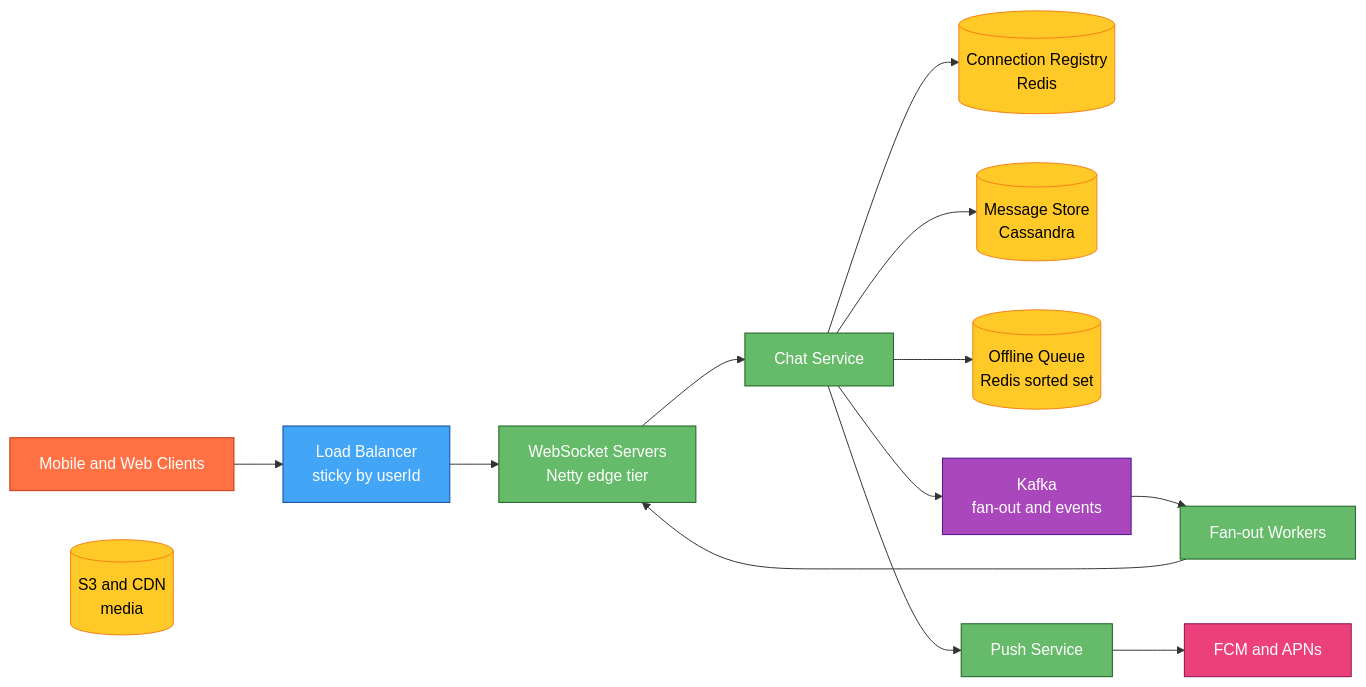
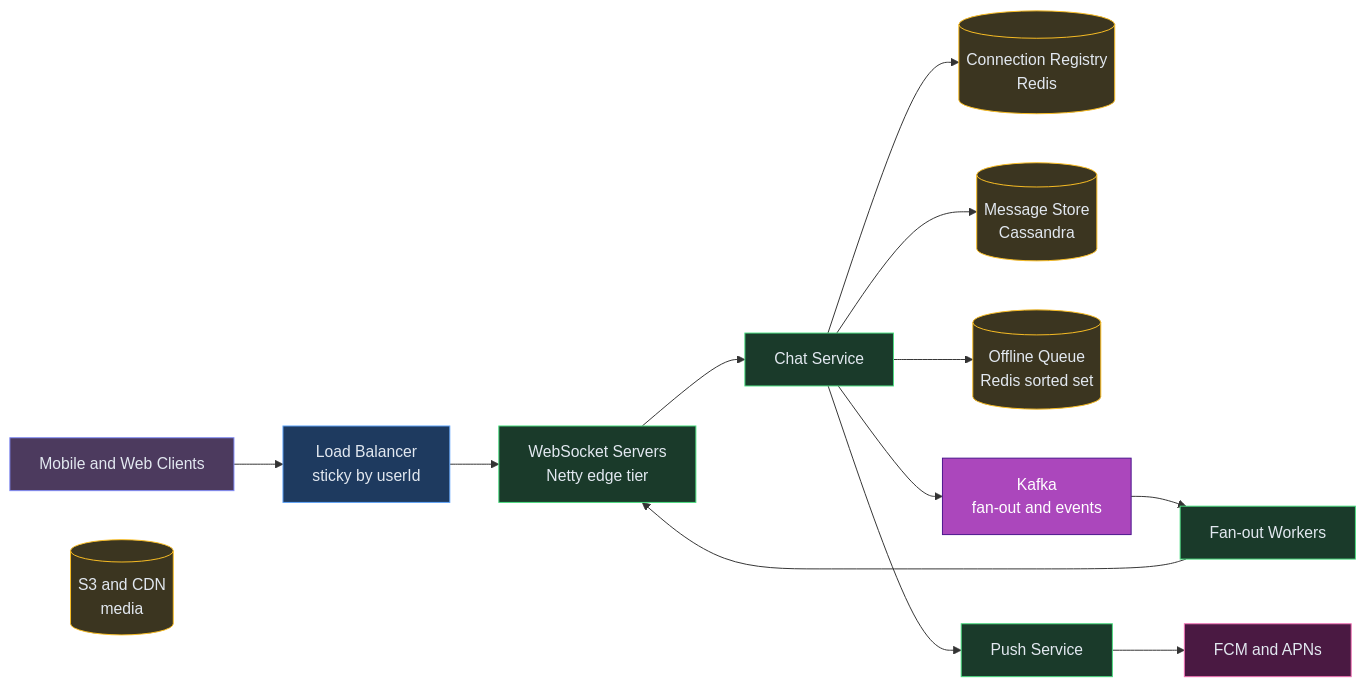
The sixth of 6 diagrams in content/hld/ChatSystem.md (iluzn/HLD-Designs), drawn with Mermaid before and after one commit. The commit also changed other lines of this file and 11 other files, not shown here.

Commit message:
Fix: softer mermaid colors, theme toggle always visible on mobile, consistent across all pages

````diff
--- a/content/hld/ChatSystem.md
+++ b/content/hld/ChatSystem.md
@@ -367,34 +367,34 @@
 ```mermaid
 flowchart LR
     CLIENTS["Mobile and Web Clients"]:::client
     LB["Load Balancer<br/>sticky by userId"]:::edge
     WS["WebSocket Servers<br/>Netty edge tier"]:::service
     CHAT["Chat Service"]:::service
     REG[("Connection Registry<br/>Redis")]:::data
     STORE[("Message Store<br/>Cassandra")]:::data
     OFFLINE[("Offline Queue<br/>Redis sorted set")]:::data
     K["Kafka<br/>fan-out and events"]:::async
     FAN["Fan-out Workers"]:::service
     PUSH["Push Service"]:::service
     MEDIA[("S3 and CDN<br/>media")]:::data
     FCM["FCM and APNs"]:::external
 
     CLIENTS --> LB
     LB --> WS
     WS --> CHAT
     CHAT --> REG
     CHAT --> STORE
     CHAT --> OFFLINE
     CHAT --> K
     K --> FAN
     FAN --> WS
     CHAT --> PUSH
     PUSH --> FCM
 
-    classDef client fill:#FF7043,stroke:#BF360C,color:#fff
-    classDef edge fill:#42A5F5,stroke:#0D47A1,color:#fff
-    classDef service fill:#66BB6A,stroke:#1B5E20,color:#fff
+    classDef client fill:#4c3a5e,stroke:#818cf8,color:#e2e8f0
+    classDef edge fill:#1e3a5f,stroke:#60a5fa,color:#e2e8f0
+    classDef service fill:#1a3a2a,stroke:#4ade80,color:#e2e8f0
     classDef async fill:#AB47BC,stroke:#4A148C,color:#fff
-    classDef data fill:#FFCA28,stroke:#F57F17,color:#000
-    classDef external fill:#EC407A,stroke:#880E4F,color:#fff
+    classDef data fill:#3b3520,stroke:#fbbf24,color:#e2e8f0
+    classDef external fill:#4a1942,stroke:#f472b6,color:#e2e8f0
 ```
````
